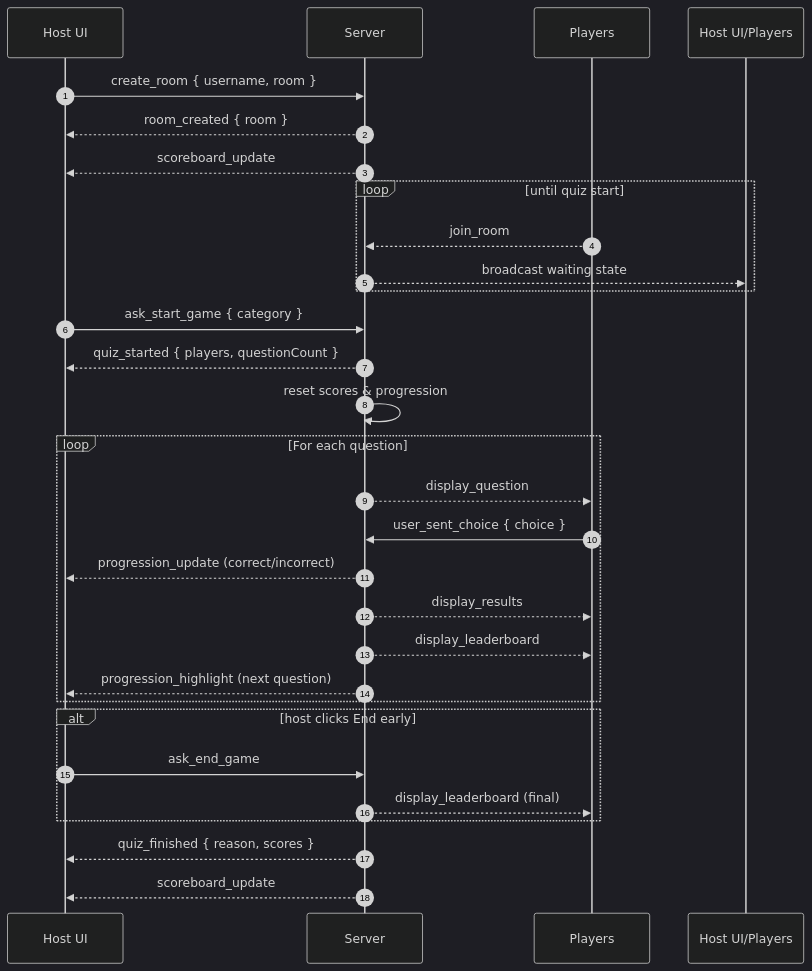
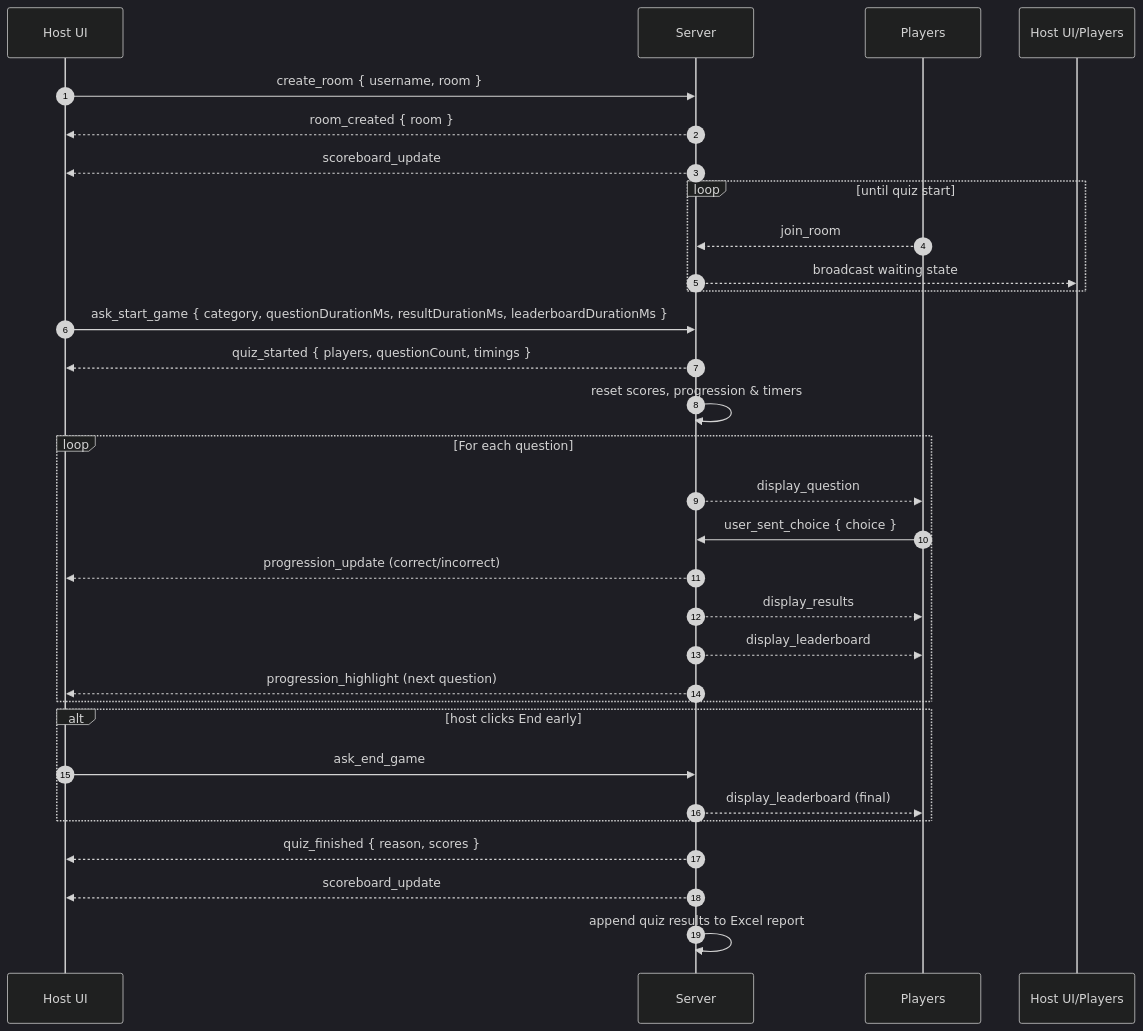
One commit to ciberado/trivia-ten changed the first of 2 diagrams in docs/ARCH-FLOW.md. Above: the diagram before and after it, drawn with Mermaid (dark theme). The commit also changed other lines of this file and 1 other file, not shown here.

Commit message:
docs: refresh architecture flow and simulator readme

````diff
--- a/docs/ARCH-FLOW.md
+++ b/docs/ARCH-FLOW.md
@@ -7,32 +7,33 @@
 ```mermaid
 sequenceDiagram
     autonumber
     participant Host UI
     participant Server
     participant Players
 
     Host UI->>Server: create_room { username, room }
     Server-->>Host UI: room_created { room }
     Server-->>Host UI: scoreboard_update
     loop until quiz start
         Players-->>Server: join_room
         Server-->>Host UI/Players: broadcast waiting state
     end
-    Host UI->>Server: ask_start_game { category }
-    Server-->>Host UI: quiz_started { players, questionCount }
-    Server->>Server: reset scores & progression
+    Host UI->>Server: ask_start_game { category, questionDurationMs, resultDurationMs, leaderboardDurationMs }
+    Server-->>Host UI: quiz_started { players, questionCount, timings }
+    Server->>Server: reset scores, progression & timers
     loop For each question
         Server-->>Players: display_question
         Players->>Server: user_sent_choice { choice }
         Server-->>Host UI: progression_update (correct/incorrect)
         Server-->>Players: display_results
-        Server-->>Players: display_leaderboard
-        Server-->>Host UI: progression_highlight (next question)
+    Server-->>Players: display_leaderboard
+    Server-->>Host UI: progression_highlight (next question)
     end
     alt host clicks End early
         Host UI->>Server: ask_end_game
         Server-->>Players: display_leaderboard (final)
     end
     Server-->>Host UI: quiz_finished { reason, scores }
     Server-->>Host UI: scoreboard_update
+    Server->>Server: append quiz results to Excel report
 ```
````
